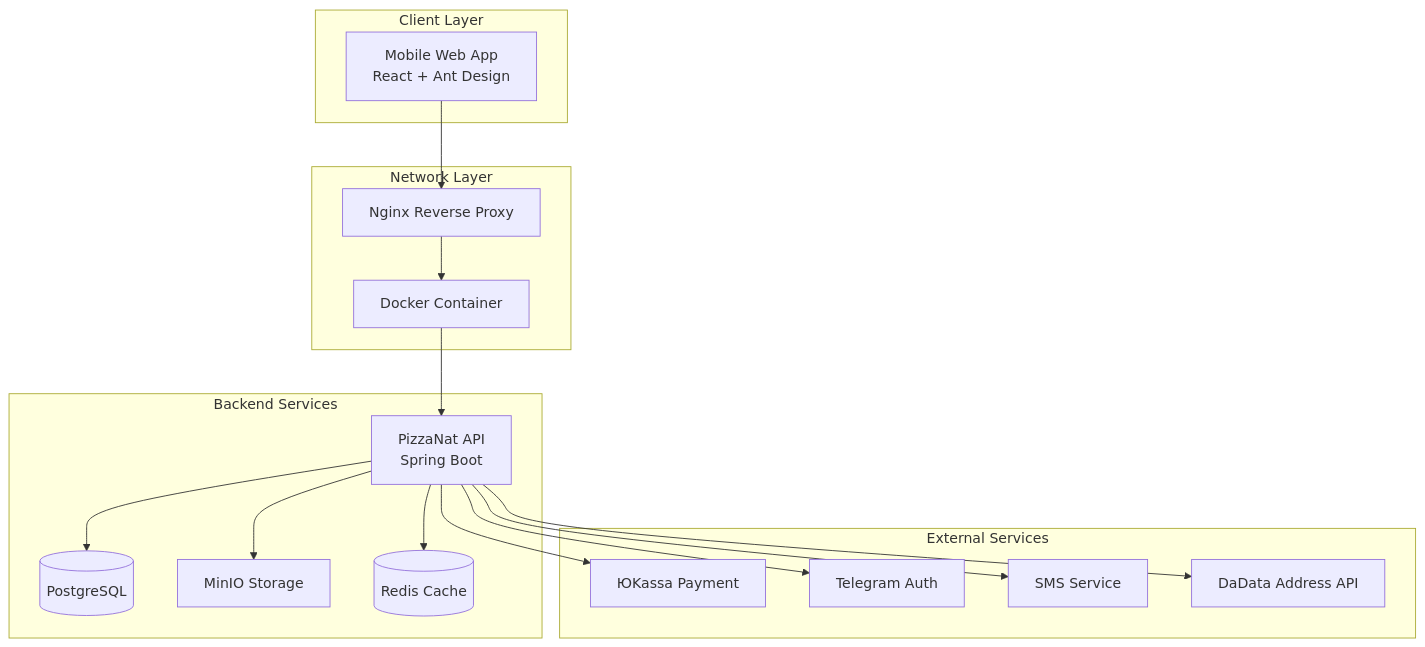
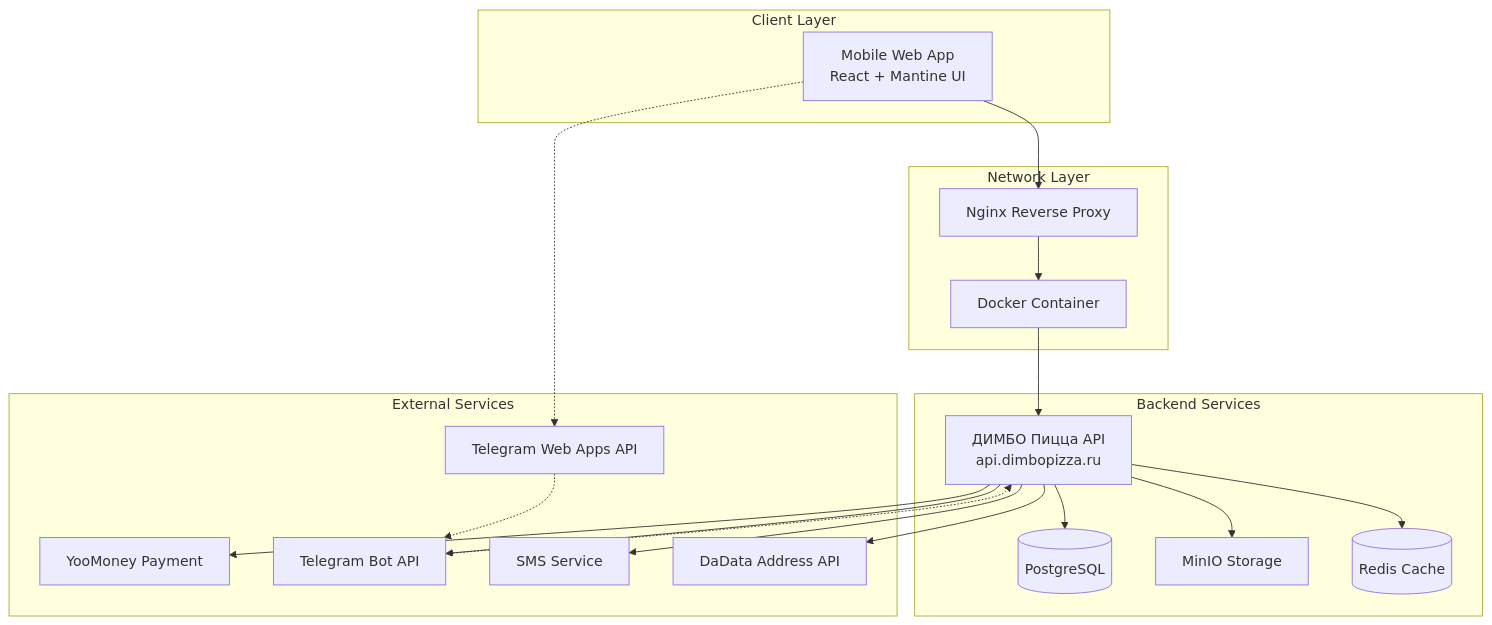
Before and after one commit to DEBAGanov/PizzaNatWeb: the first of 3 diagrams in docs/Project.md, drawn with Mermaid. The commit also changed other lines of this file and 66 other files, not shown here.

````diff
--- a/docs/Project.md
+++ b/docs/Project.md
@@ -25,36 +38,42 @@
 ```mermaid
 graph TB
     subgraph "Client Layer"
-        MW[Mobile Web App<br/>React + Ant Design]
+        MW[Mobile Web App<br/>React + Mantine UI]
     end
 
     subgraph "Network Layer"
         NG[Nginx Reverse Proxy]
         DC[Docker Container]
     end
 
     subgraph "Backend Services"
-        API[PizzaNat API<br/>Spring Boot]
+        API[ДИМБО Пицца API<br/>api.dimbopizza.ru]
         DB[(PostgreSQL)]
         MINIO[MinIO Storage]
         REDIS[(Redis Cache)]
     end
 
     subgraph "External Services"
-        YK[ЮKassa Payment]
-        TG[Telegram Auth]
+        YK[YooMoney Payment]
+        TG[Telegram Bot API]
+        TWA[Telegram Web Apps API]
         SMS[SMS Service]
         DADATA[DaData Address API]
     end
 
     MW --> NG
     NG --> DC
     DC --> API
     API --> DB
     API --> MINIO
     API --> REDIS
     API --> YK
     API --> TG
     API --> SMS
     API --> DADATA
+    
+    %% Telegram Web App connections
+    MW -.-> TWA
+    TWA -.-> TG
+    TG -.-> API
 ```
````
